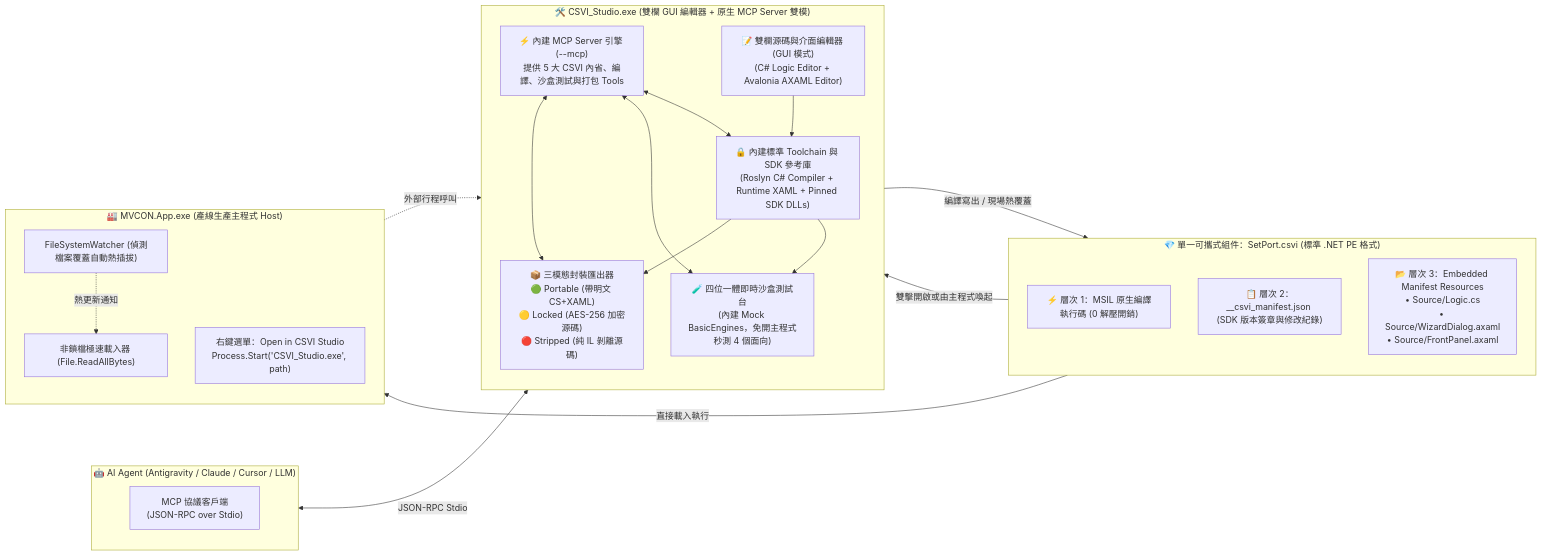
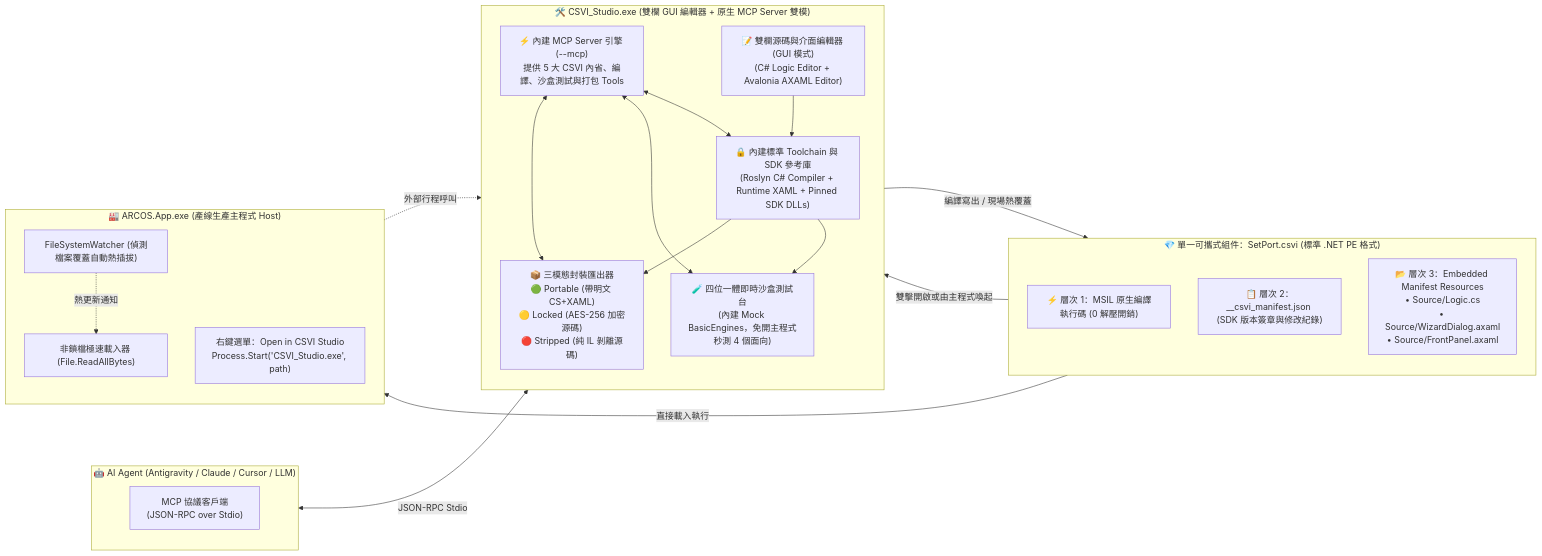
The diagram in docs/CSVI_STUDIO_AND_PORTABLE_SPEC.md (arco651749/ARCOSharp), drawn with Mermaid before and after one commit. The commit also changed other lines of this file and 325 other files, not shown here.

Commit message:
refactor: comprehensive migration and rebranding from MVCON to ARCOS across all projects, namespaces, and documents

```diff
--- a/docs/CSVI_STUDIO_AND_PORTABLE_SPEC.md
+++ b/docs/CSVI_STUDIO_AND_PORTABLE_SPEC.md
@@ -128,7 +128,7 @@
 
 
 
-    subgraph Host ["🏭 MVCON.App.exe (產線生產主程式 Host)"]
+    subgraph Host ["🏭 ARCOS.App.exe (產線生產主程式 Host)"]
 
         direction TB
 
```
